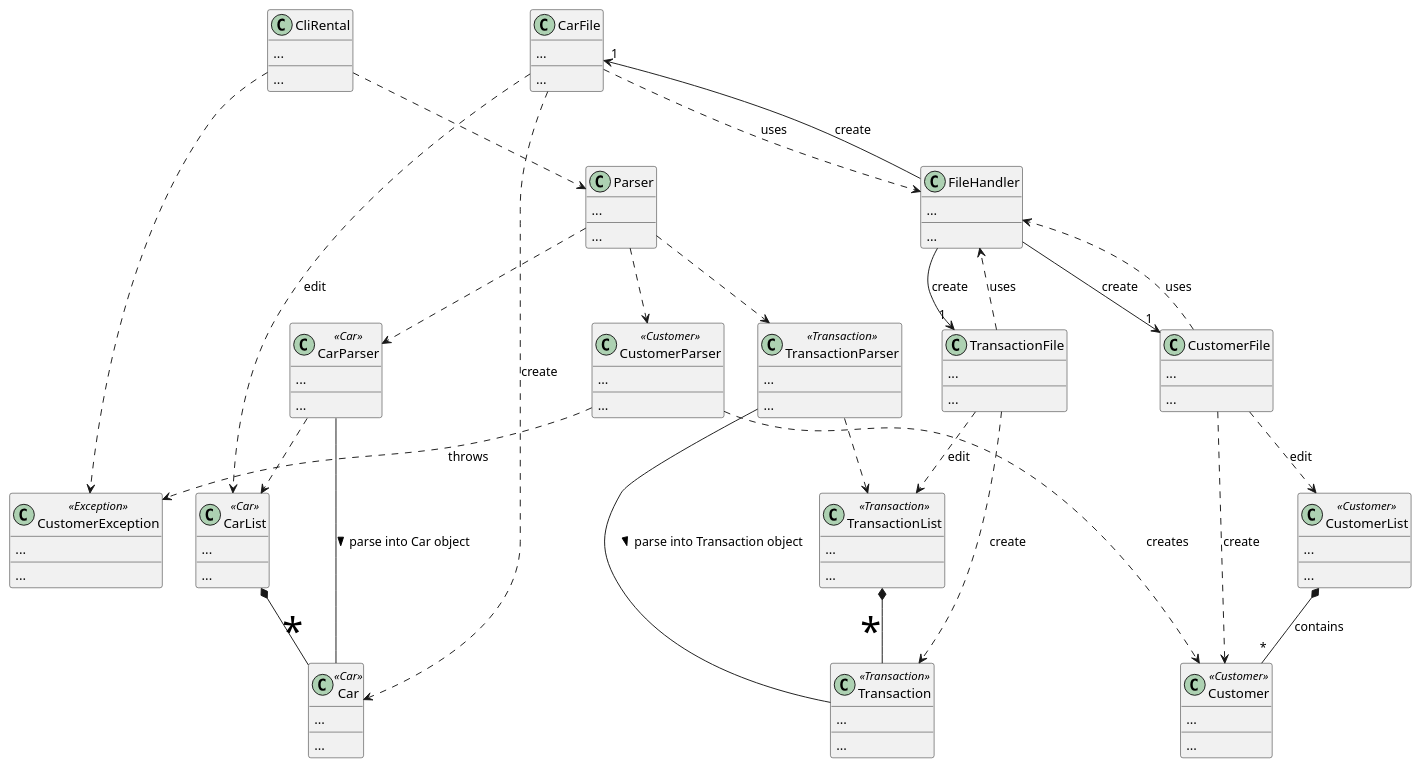
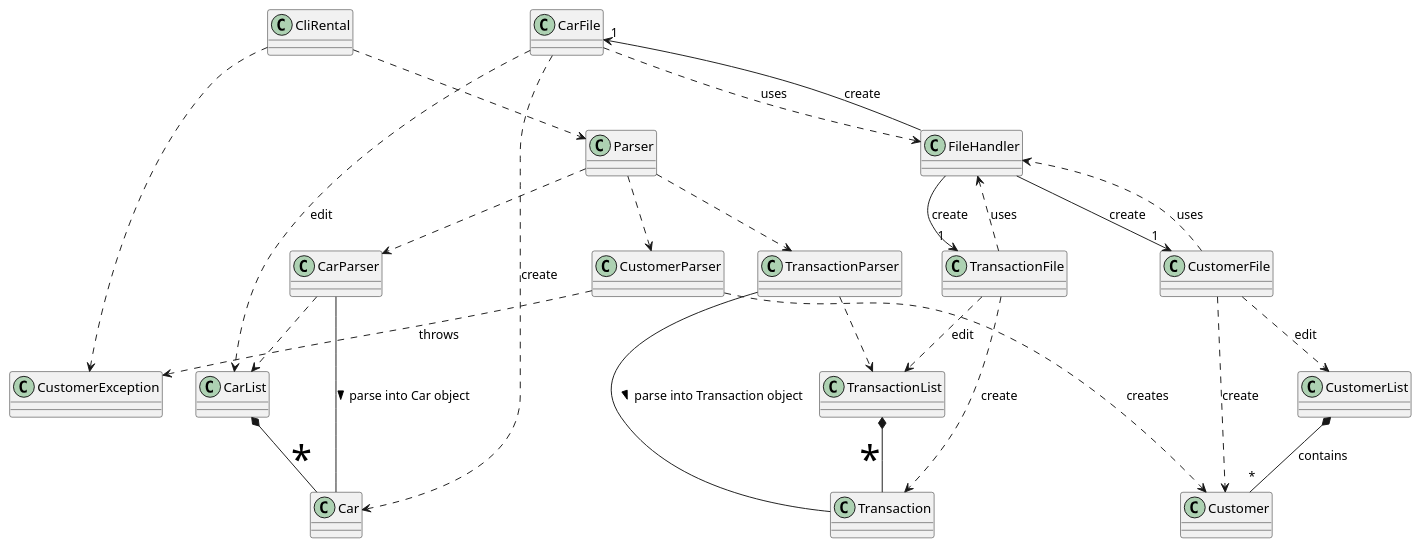
One commit to rexkoh425/tp changed the diagram in docs/diagrams/Overall.puml. Above: the diagram before and after it, drawn with PlantUML. The commit also changed 3 other files, not shown here.

```diff
--- a/docs/diagrams/Overall.puml
+++ b/docs/diagrams/Overall.puml
@@ -1,120 +1,104 @@
 @startuml
 'https://plantuml.com/class-diagram
 
 
 class CliRental {
-   {field}...
-   {method}...
+
 }
 
 class Parser {
-    {field}...
-    {method}...
+
 }
-class CarParser <<Car>>{
-   {field}...
-   {method}...
+class CarParser{
+
 }
 
-class TransactionParser <<Transaction>>{
-   {field}...
-   {method}...
+class TransactionParser{
+
 }
 
-class Car <<Car>>{
-   {field}...
-   {method}...
+class Car {
+
 }
 
-class Transaction <<Transaction>>{
-   {field}...
-   {method}...
+class Transaction {
+
 }
 
-class CarList <<Car>>{
-   {field}...
-   {method}...
+class CarList {
+
 }
 
-class TransactionList <<Transaction>>{
-   {field}...
-   {method}...
+class TransactionList {
+
 }
 
-class Customer <<Customer>> {
-   {field}...
-   {method}...
+class Customer  {
+
 }
 
-class CustomerList <<Customer>> {
-   {field}...
-   {method}...
+class CustomerList {
+
 }
 
-class CustomerParser <<Customer>> {
-   {field}...
-   {method}...
+class CustomerParser  {
+
 }
 
-class CustomerException <<Exception>> {
-   {field}...
-   {method}...
+class CustomerException {
+
 }
 
 class FileHandler {
-   {field}...
-   {method}...
+
 }
 
 class CarFile {
-  {field}...
-  {method}...
+
 }
 
 class CustomerFile {
-    {field}...
-    {method}...
+
 }
 
 class TransactionFile {
-   {field}...
-   {method}...
+
 }
 
 FileHandler --> "1" CarFile : "create"
 FileHandler --> "1" CustomerFile : "create"
 FileHandler --> "1" TransactionFile : "create"
 
 CarFile ..> CarList : "edit"
 CarFile ..> Car : "create"
 CarFile ..> FileHandler : "uses"
 
 CustomerFile ..> CustomerList : "edit"
 CustomerFile ..> FileHandler : "uses"
 CustomerFile ..> Customer : "create"
 
 TransactionFile ..> TransactionList : "edit"
 TransactionFile ..> Transaction : "create"
 TransactionFile ..> FileHandler : "uses"
 
 CliRental ..> Parser
 CliRental ..> CustomerException
 
 Parser ..> CarParser
 Parser ..> TransactionParser
 Parser ..> CustomerParser
 
 CarParser -- Car: <font color=black>parse into Car object >
 CarParser ..> CarList
 
 TransactionParser -- Transaction : parse into Transaction object >
 TransactionParser ..> TransactionList
 
 CarList *-- "<font color=black size=40>*" Car
 TransactionList *-- "<font color=black size=40>*" Transaction
 
 CustomerParser ..> Customer : "creates"
 CustomerParser ..> CustomerException : "throws"
 
 CustomerList  *-- "*" Customer : "contains"
 @enduml
```
